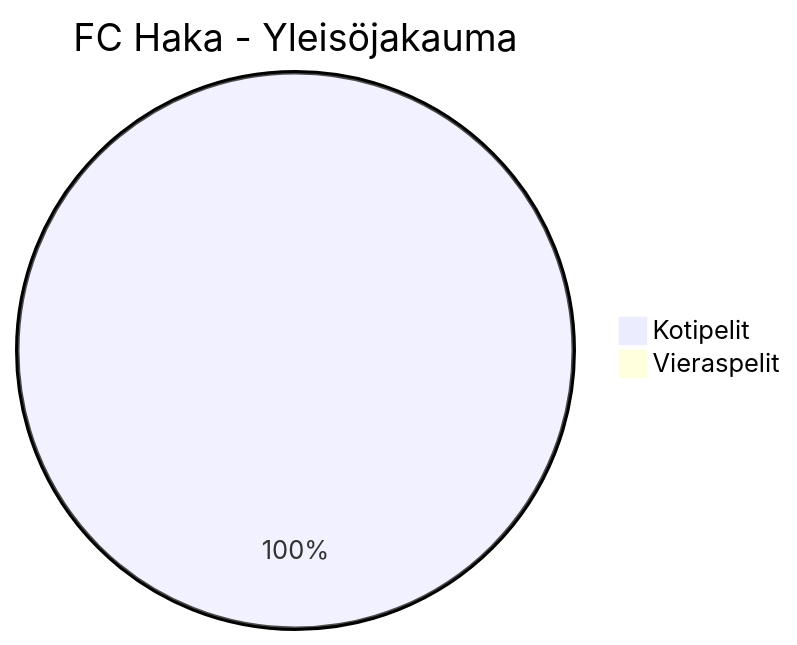
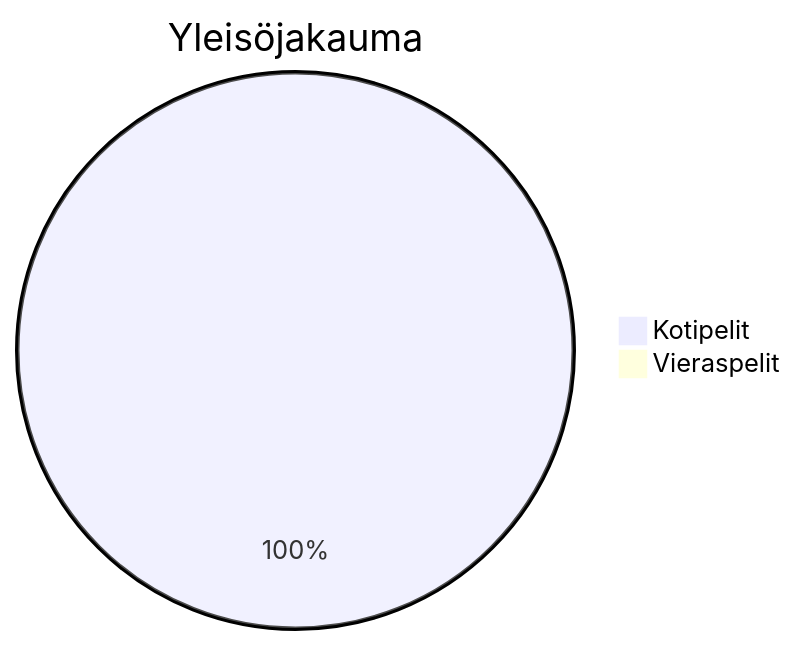
The sixth of 27 diagrams in Yleisö2025.md (Linux88888/Veikkausliiga2025), drawn with Mermaid before and after one commit. The commit also changed other lines of this file, not shown here.

````diff
--- a/Yleisö2025.md
+++ b/Yleisö2025.md
@@ -54,5 +52,5 @@
 ```mermaid
-pie title FC Haka - Yleisöjakauma
+pie title Yleisöjakauma
     "Kotipelit" : 7708
     "Vieraspelit" : 0
 ```
````
